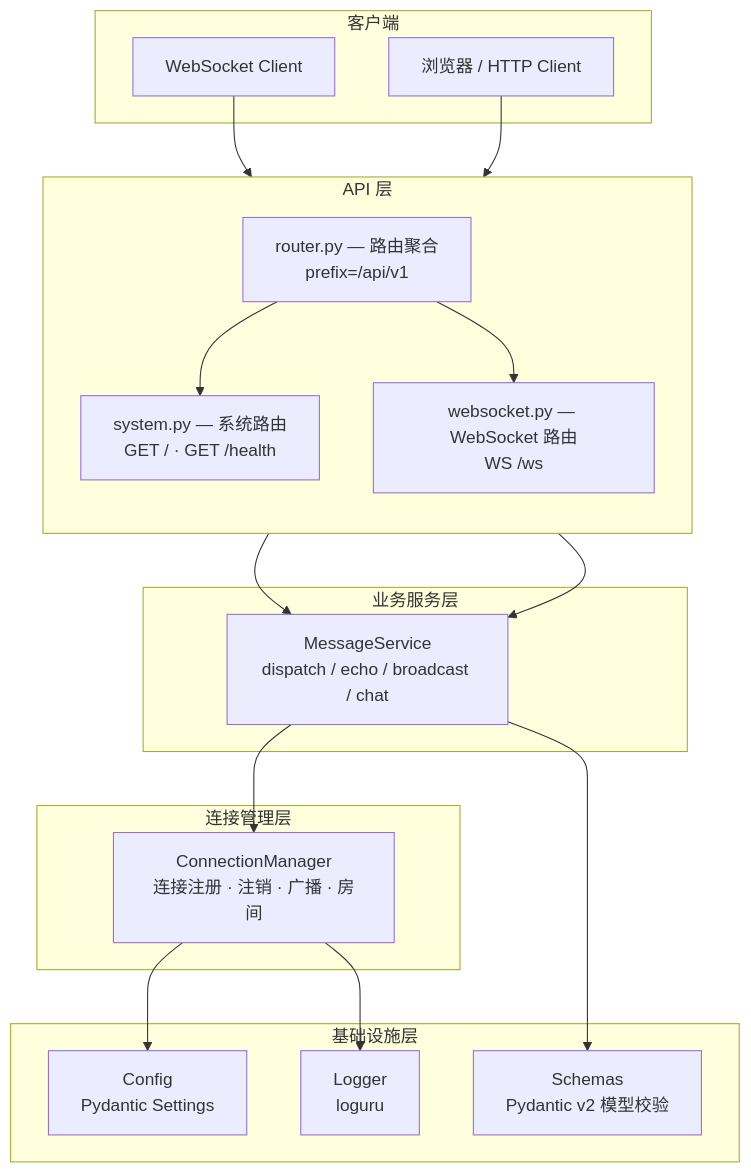
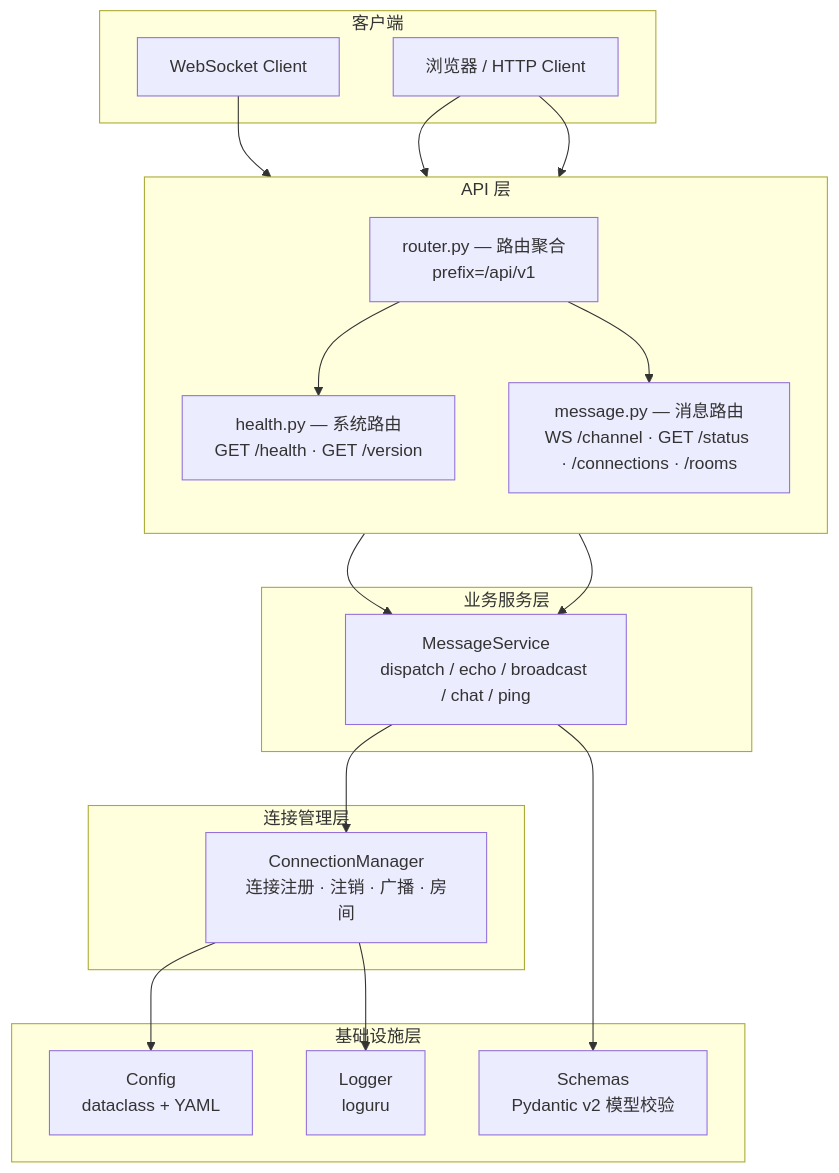
The first of 3 diagrams in README.md (cross-lang/x-HanChuan), drawn with Mermaid before and after one commit. The commit also changed other lines of this file and 15 other files, not shown here.

````diff
--- a/README.md
+++ b/README.md
@@ -72,39 +73,40 @@
 ```mermaid
 graph TB
     subgraph 客户端
         C1[WebSocket Client]
         C3[浏览器 / HTTP Client]
     end
 
     subgraph API 层
         direction TB
         R[router.py — 路由聚合<br/>prefix=/api/v1]
-        S[system.py — 系统路由<br/>GET / · GET /health]
-        W[websocket.py — WebSocket 路由<br/>WS /ws]
+        H[health.py — 系统路由<br/>GET /health · GET /version]
+        M[message.py — 消息路由<br/>WS /channel · GET /status · /connections · /rooms]
     end
 
     subgraph 业务服务层
-        MS[MessageService<br/>dispatch / echo / broadcast / chat]
+        MS[MessageService<br/>dispatch / echo / broadcast / chat / ping]
     end
 
     subgraph 连接管理层
         CM[ConnectionManager<br/>连接注册 · 注销 · 广播 · 房间]
     end
 
     subgraph 基础设施层
-        CFG[Config<br/>Pydantic Settings]
+        CFG[Config<br/>dataclass + YAML]
         LOG[Logger<br/>loguru]
         SCH[Schemas<br/>Pydantic v2 模型校验]
     end
 
-    C1 --> W
-    C3 --> S
-    R --> S
-    R --> W
-    W --> MS
-    S --> MS
+    C1 --> M
+    C3 --> H
+    C3 --> M
+    R --> H
+    R --> M
+    M --> MS
+    H --> MS
     MS --> CM
     MS --> SCH
     CM --> CFG
     CM --> LOG
 ```
````
